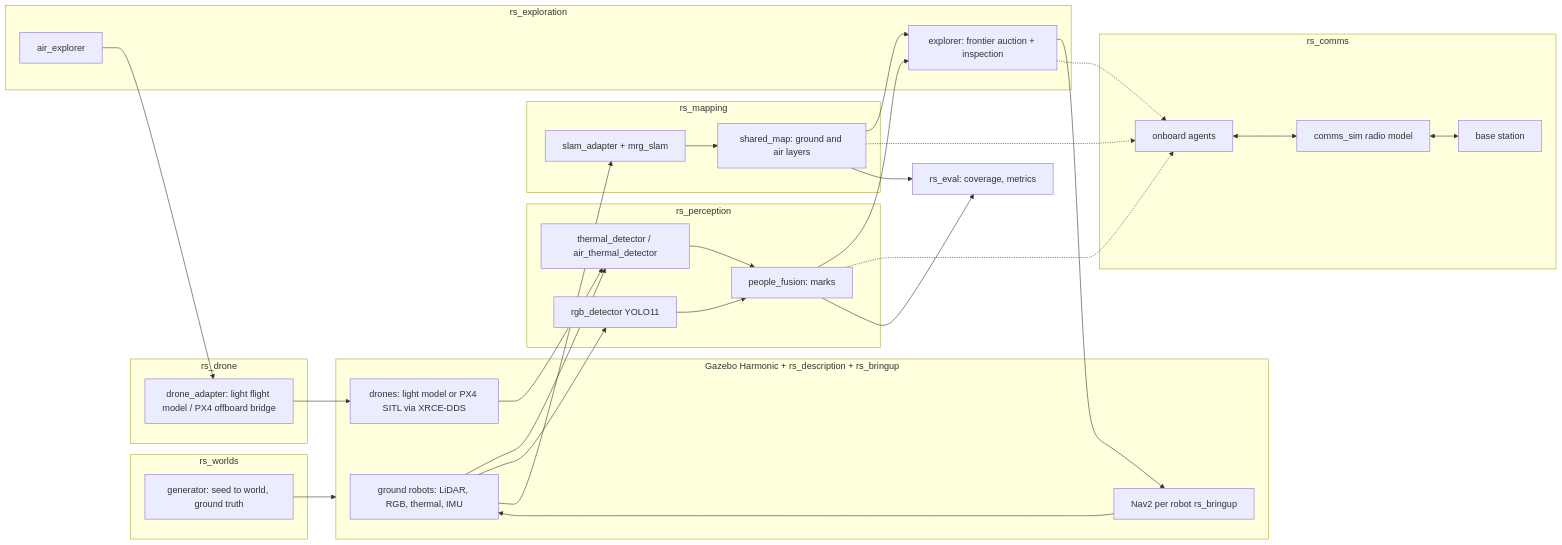
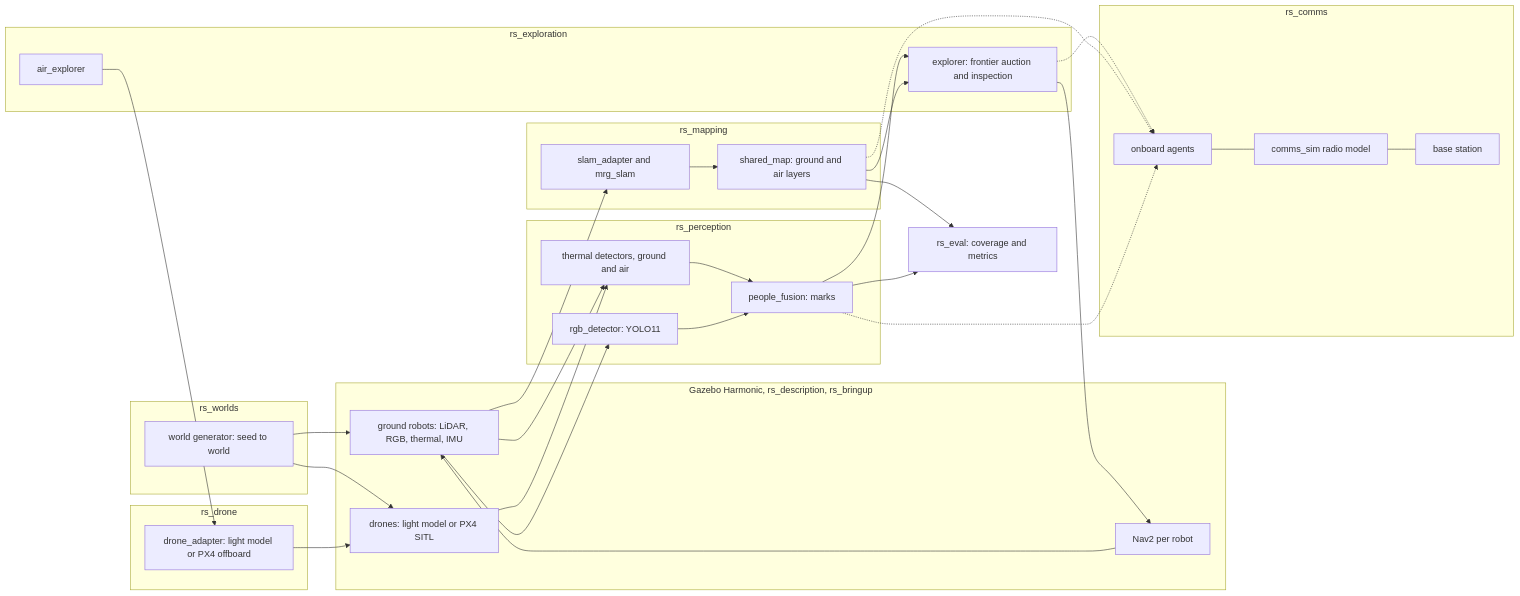
Before and after one commit to bekaivision/rescueswarm: the diagram in README.md, drawn with Mermaid.

Commit message:
README: rewrite architecture diagram in plain Mermaid syntax so GitHub renders it

````diff
--- a/README.md
+++ b/README.md
@@ -41,54 +41,56 @@
 ```mermaid
 flowchart LR
-  subgraph worlds[rs_worlds]
-    gen[generator: seed to world, ground truth]
+  subgraph pkgWorlds["rs_worlds"]
+    gen["world generator: seed to world"]
   end
-  subgraph sim[Gazebo Harmonic + rs_description + rs_bringup]
-    gz[ground robots: LiDAR, RGB, thermal, IMU]
-    air[drones: light model or PX4 SITL via XRCE-DDS]
-    nav[Nav2 per robot rs_bringup]
+  subgraph pkgSim["Gazebo Harmonic, rs_description, rs_bringup"]
+    ugv["ground robots: LiDAR, RGB, thermal, IMU"]
+    uav["drones: light model or PX4 SITL"]
+    nav["Nav2 per robot"]
   end
-  subgraph drone[rs_drone]
-    da[drone_adapter: light flight model / PX4 offboard bridge]
+  subgraph pkgDrone["rs_drone"]
+    dad["drone_adapter: light model or PX4 offboard"]
   end
-  subgraph perc[rs_perception]
-    th[thermal_detector / air_thermal_detector]
-    rgb[rgb_detector YOLO11]
-    fuse[people_fusion: marks]
+  subgraph pkgPerc["rs_perception"]
+    thd["thermal detectors, ground and air"]
+    rgb["rgb_detector: YOLO11"]
+    fus["people_fusion: marks"]
   end
-  subgraph map[rs_mapping]
-    slam[slam_adapter + mrg_slam]
-    sm[shared_map: ground and air layers]
+  subgraph pkgMap["rs_mapping"]
+    slm["slam_adapter and mrg_slam"]
+    smp["shared_map: ground and air layers"]
   end
-  subgraph expl[rs_exploration]
-    ex[explorer: frontier auction + inspection]
-    ax[air_explorer]
+  subgraph pkgExpl["rs_exploration"]
+    exg["explorer: frontier auction and inspection"]
+    exa["air_explorer"]
   end
-  subgraph comms[rs_comms]
-    cs[comms_sim radio model]
-    ag[onboard agents]
-    base[base station]
+  subgraph pkgComms["rs_comms"]
+    csim["comms_sim radio model"]
+    agt["onboard agents"]
+    bst["base station"]
   end
-  ev[rs_eval: coverage, metrics]
+  evl["rs_eval: coverage and metrics"]
 
-  gen --> sim
-  gz --> th
-  gz --> rgb
-  air --> th
-  th --> fuse
-  rgb --> fuse
-  gz --> slam
-  slam --> sm
-  fuse --> ex
-  sm --> ex
-  ax --> da
-  da --> air
-  ex --> nav --> gz
-  ag <--> cs
-  cs <--> base
-  ex -.-> ag
-  sm -.-> ag
-  fuse -.-> ag
-  sm --> ev
-  fuse --> ev
+  gen --> ugv
+  gen --> uav
+  ugv --> thd
+  ugv --> rgb
+  uav --> thd
+  thd --> fus
+  rgb --> fus
+  ugv --> slm
+  slm --> smp
+  fus --> exg
+  smp --> exg
+  exg --> nav
+  nav --> ugv
+  exa --> dad
+  dad --> uav
+  exg -.-> agt
+  smp -.-> agt
+  fus -.-> agt
+  agt --- csim
+  csim --- bst
+  smp --> evl
+  fus --> evl
 ```
````
